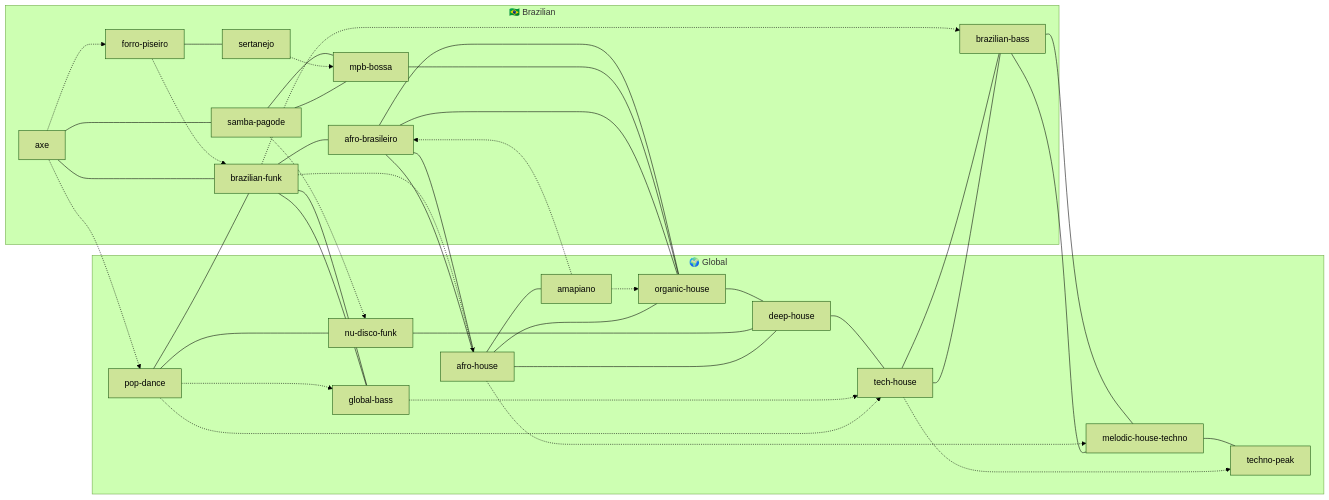
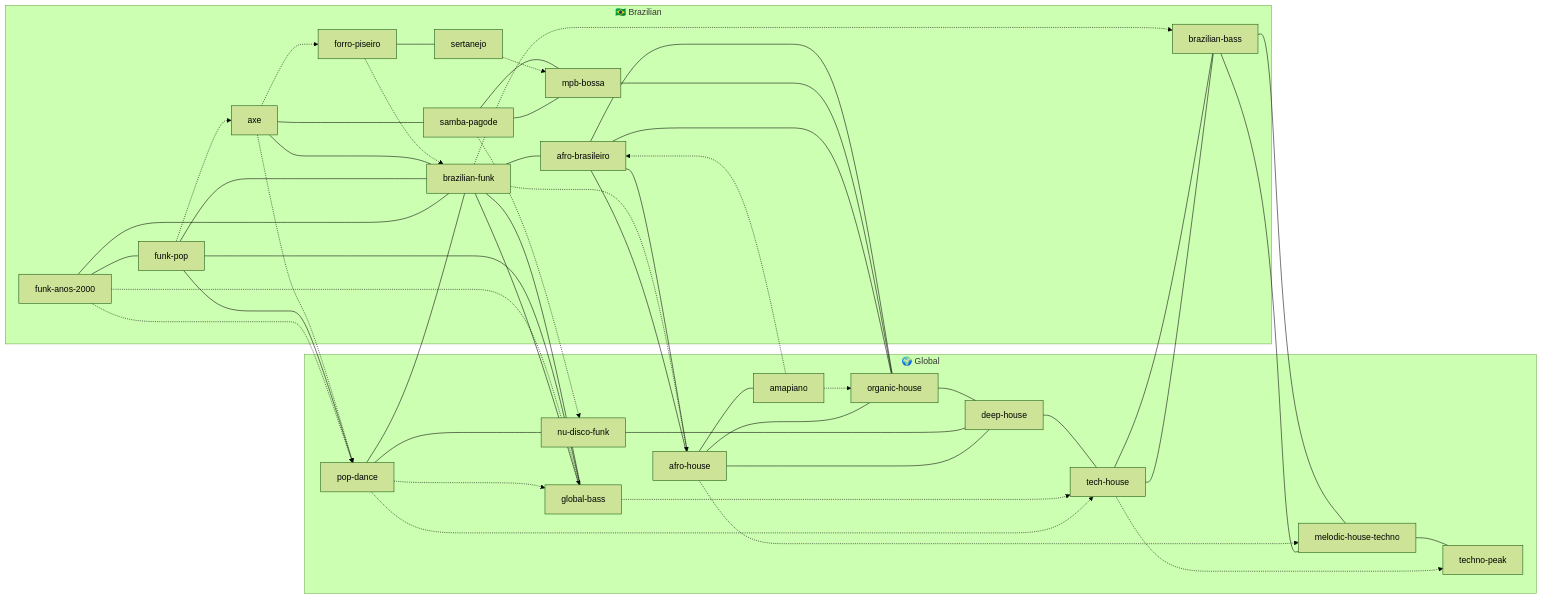
Before and after one commit to nansravn/nextrack: the diagram in docs/genre-graph.md, drawn with Mermaid (forest theme). The commit also changed 6 other files, not shown here.

First line of the commit message:
Add funk-pop and funk-anos-2000 nodes, pools, and a funk-pop block

````diff
--- a/docs/genre-graph.md
+++ b/docs/genre-graph.md
@@ -41,68 +41,80 @@
 ```mermaid
 graph LR
   subgraph BR["🇧🇷 Brazilian"]
     FUNK["brazilian-funk"]
     BBASS["brazilian-bass"]
     AFROBR["afro-brasileiro"]
     SAMBA["samba-pagode"]
     FORRO["forro-piseiro"]
     SERT["sertanejo"]
     MPB["mpb-bossa"]
     AXE["axe"]
+    FUNKPOP["funk-pop"]
+    FUNK2000["funk-anos-2000"]
   end
   subgraph GL["🌍 Global"]
     ORG["organic-house"]
     DEEP["deep-house"]
     TECH["tech-house"]
     AFRO["afro-house"]
     AMA["amapiano"]
     MELO["melodic-house-techno"]
     TEKNO["techno-peak"]
     DISCO["nu-disco-funk"]
     GBASS["global-bass"]
     POPD["pop-dance"]
   end
 
   FUNK --- GBASS
   FUNK --- AFROBR
   BBASS --- TECH
   BBASS --- MELO
   AFROBR --- AFRO
   AFROBR --- ORG
   SAMBA --- MPB
   FORRO --- SERT
   MPB --- ORG
   MPB --- SAMBA
   ORG --- DEEP
   ORG --- AFRO
   ORG --- AFROBR
   DEEP --- TECH
   DEEP --- AFRO
   TECH --- BBASS
   AFRO --- AMA
   AFRO --- AFROBR
   MELO --- TEKNO
   MELO --- BBASS
   GBASS --- FUNK
   DISCO --- DEEP
 
   FUNK -.-> BBASS
   FUNK -.-> AFRO
   AFRO -.-> MELO
   AMA -.-> AFROBR
   AMA -.-> ORG
   TECH -.-> TEKNO
   SERT -.-> MPB
   FORRO -.-> FUNK
   SAMBA -.-> DISCO
   GBASS -.-> TECH
 
   AXE --- FUNK
   AXE --- SAMBA
   POPD --- FUNK
   POPD --- DISCO
   AXE -.-> POPD
   AXE -.-> FORRO
   POPD -.-> GBASS
   POPD -.-> TECH
+
+  FUNKPOP --- FUNK
+  FUNKPOP --- POPD
+  FUNKPOP --- GBASS
+  FUNKPOP -.-> AXE
+
+  FUNK2000 --- FUNK
+  FUNK2000 --- FUNKPOP
+  FUNK2000 -.-> POPD
+  FUNK2000 -.-> GBASS
 ```
````
